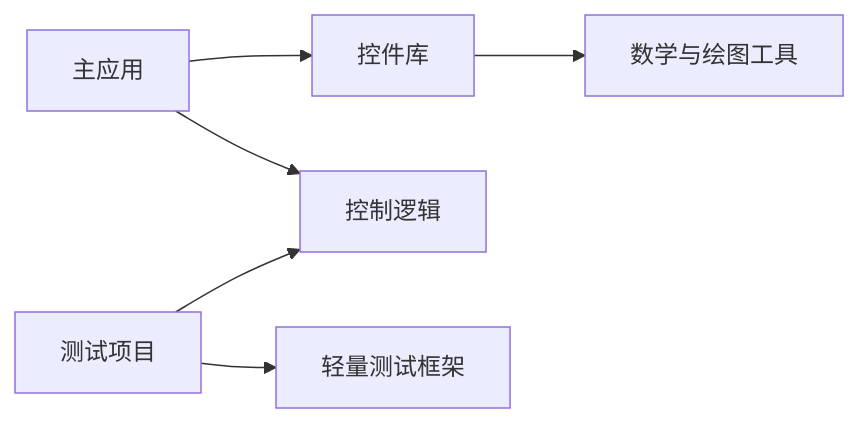
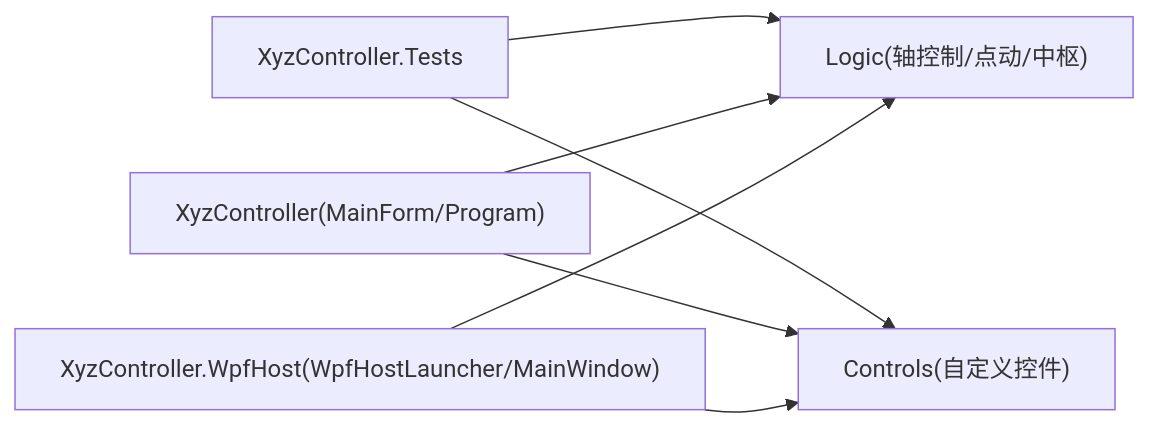
The seventh of 7 diagrams in .qoder/repowiki/zh/content/项目概述.md (fuweiq94-cloud/3399180760), drawn with Mermaid before and after one commit. The commit also changed other lines of this file and 94 other files, not shown here.

First line of the commit message:
docs(api): 添加完整 XyzController API 接口文档

````diff
--- a/.qoder/repowiki/zh/content/项目概述.md
+++ b/.qoder/repowiki/zh/content/项目概述.md
@@ -346,8 +328,9 @@
 ```mermaid
 graph LR
-App["主应用"] --> Controls["控件库"]
-App --> Logic["控制逻辑"]
-Controls --> Tools["数学与绘图工具"]
-Tests["测试项目"] --> Logic
-Tests --> TFramework["轻量测试框架"]
+Tests["XyzController.Tests"] --> Logic["Logic(轴控制/点动/中枢)"]
+Tests --> Controls["Controls(自定义控件)"]
+WinForms["XyzController(MainForm/Program)"] --> Logic
+WinForms --> Controls
+WPFHost["XyzController.WpfHost(WpfHostLauncher/MainWindow)"] --> Logic
+WPFHost --> Controls
 ```
````
